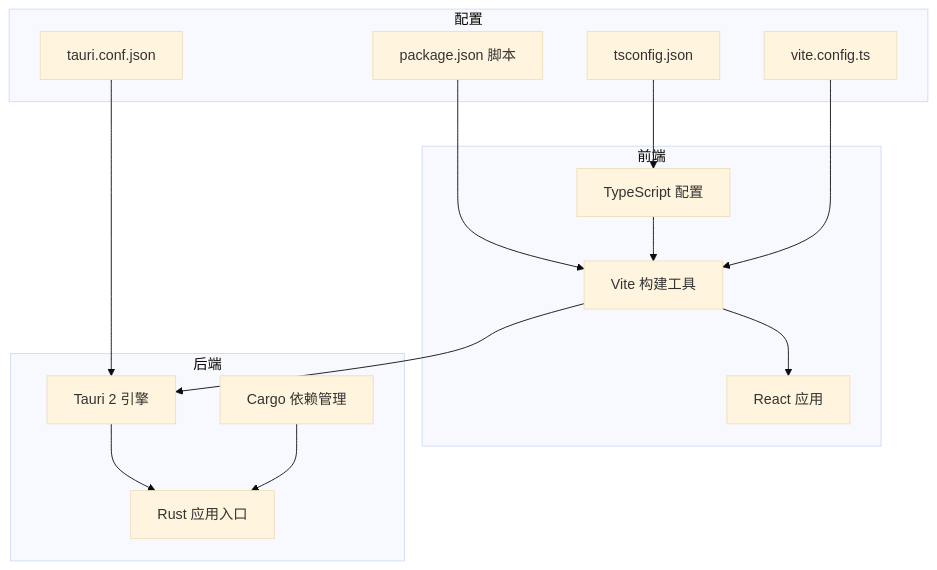
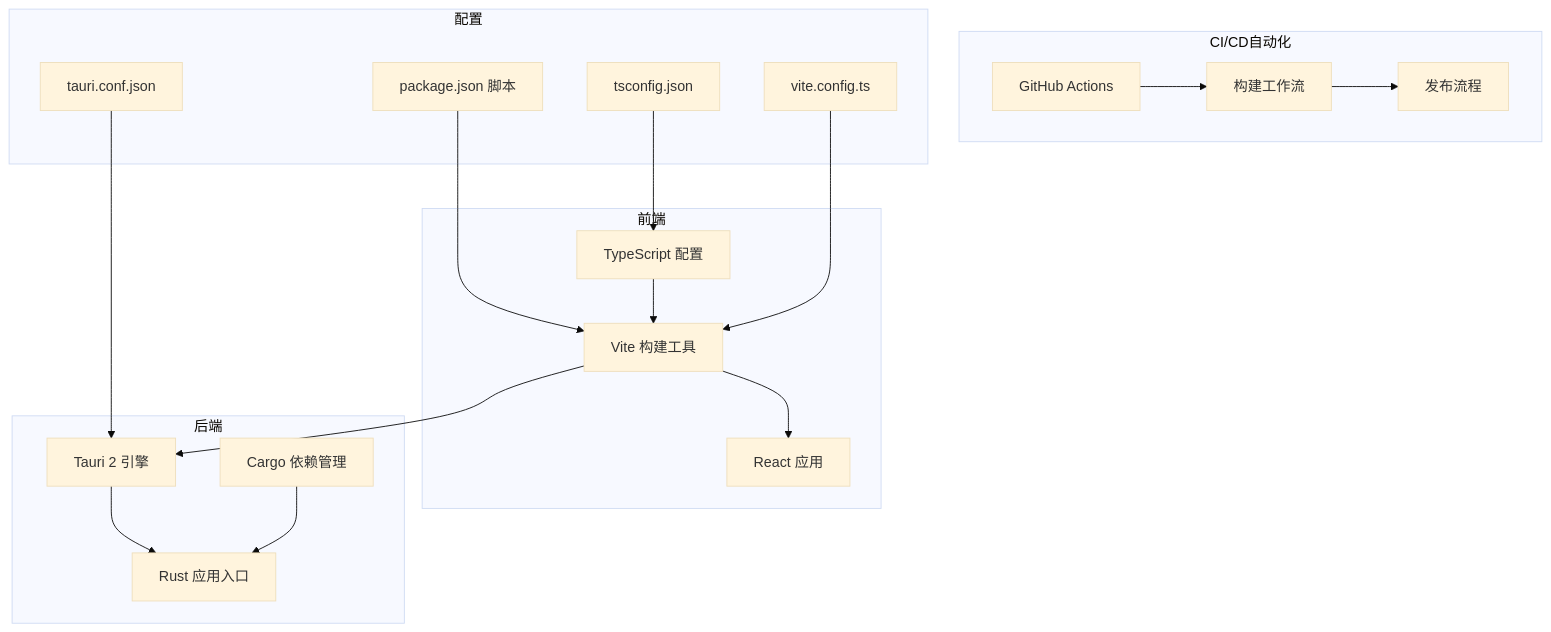
The first of 3 diagrams in .qoder/repowiki/zh/content/部署指南.md (xdongliang/IPSwitcher), drawn with Mermaid (base theme) before and after one commit. The commit also changed other lines of this file and 22 other files, not shown here.

````diff
--- a/.qoder/repowiki/zh/content/部署指南.md
+++ b/.qoder/repowiki/zh/content/部署指南.md
@@ -33,28 +42,35 @@
 ```mermaid
 graph TB
 subgraph "前端"
 Vite["Vite 构建工具"]
 React["React 应用"]
 TS["TypeScript 配置"]
 end
 subgraph "后端"
 Tauri["Tauri 2 引擎"]
 RustApp["Rust 应用入口"]
 Cargo["Cargo 依赖管理"]
+end
+subgraph "CI/CD自动化"
+Actions["GitHub Actions"]
+Workflow["构建工作流"]
+Release["发布流程"]
 end
 subgraph "配置"
 Pkg["package.json 脚本"]
 VConf["vite.config.ts"]
 TConf["tauri.conf.json"]
 Cfg["tsconfig.json"]
 end
 Pkg --> Vite
 Vite --> React
 TS --> Vite
 Vite --> Tauri
 Tauri --> RustApp
 Cargo --> RustApp
 VConf --> Vite
 TConf --> Tauri
 Cfg --> TS
+Actions --> Workflow
+Workflow --> Release
 ```
````
